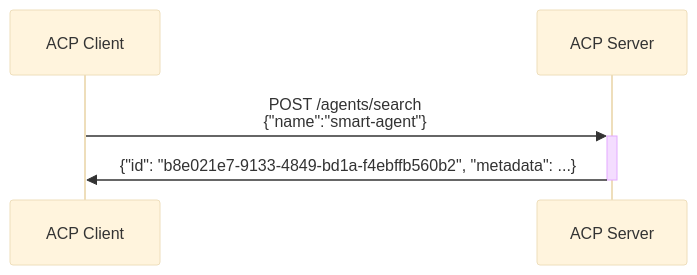
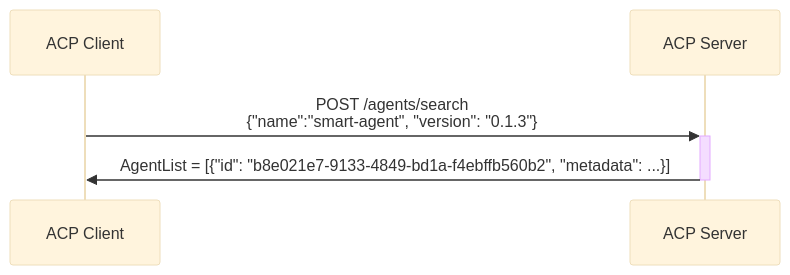
One commit to agntcy/acp-spec changed the second of 4 diagrams in docs/README.md. Above: the diagram before and after it, drawn with Mermaid (base theme). The commit also changed other lines of this file and 1 other file, not shown here.

````diff
--- a/docs/README.md
+++ b/docs/README.md
@@ -36,7 +36,7 @@
 ```mermaid
 sequenceDiagram
     participant C as ACP Client
     participant S as ACP Server
-    C->>+S: POST /agents/search <br/>{"name":"smart-agent"}
-    S->>-C: {"id": "b8e021e7-9133-4849-bd1a-f4ebffb560b2", "metadata": ...}
+    C->>+S: POST /agents/search <br/>{"name":"smart-agent", "version": "0.1.3"}
+    S->>-C: AgentList = [{"id": "b8e021e7-9133-4849-bd1a-f4ebffb560b2", "metadata": ...}]
 ```
````
